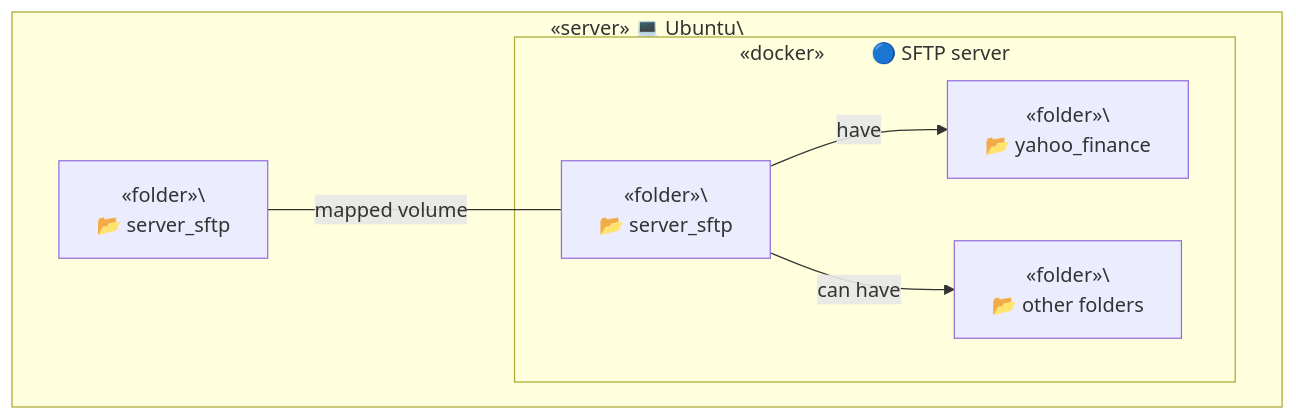
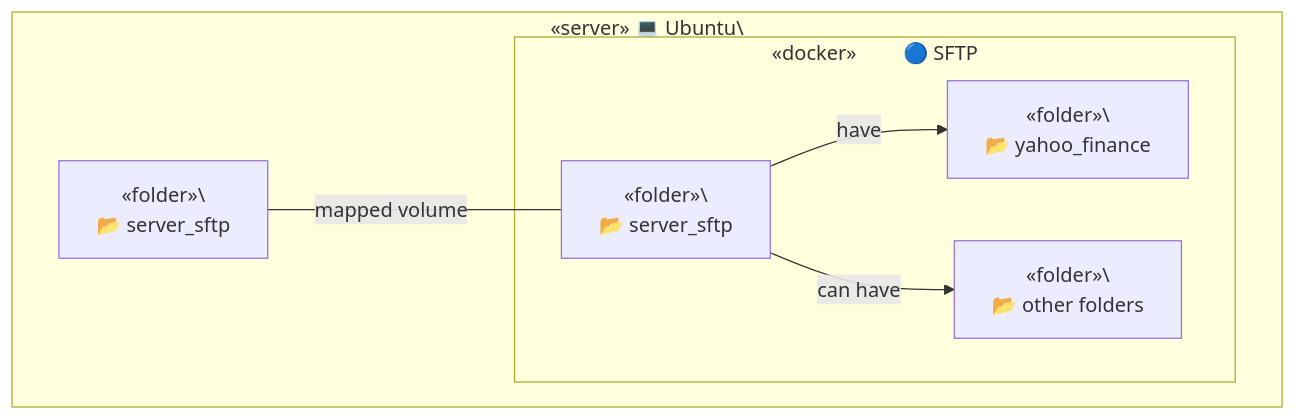
One commit to TrulyDigital/DATA_STREET changed the third of 4 diagrams in server_sftp/README.md. Above: the diagram before and after it, drawn with Mermaid.

Commit message:
update: server_sftp README.md

````diff
--- a/server_sftp/README.md
+++ b/server_sftp/README.md
@@ -30,16 +30,16 @@
 ```mermaid
 graph TD
     subgraph Container_A [«server» 💻 Ubuntu\<br/>]
         A1[«folder»\<br/> 📂 server_sftp]
-        subgraph Container_B [«docker»&nbsp;&nbsp;&nbsp;&nbsp;&nbsp;&nbsp;&nbsp;&nbsp;&nbsp;🔵 SFTP server]
+        subgraph Container_B [«docker»&nbsp;&nbsp;&nbsp;&nbsp;&nbsp;&nbsp;&nbsp;&nbsp;&nbsp;🔵 SFTP]
             B1[«folder»\<br/> 📂 server_sftp]
             B2[«folder»\<br/> 📂 yahoo_finance]
             B3[«folder»\<br/> 📂 other folders]
         end
 
         A1 -- mapped volume --- B1
 
         B1 -- have --> B2
         B1 -- can have --> B3
     end
 ```
````
